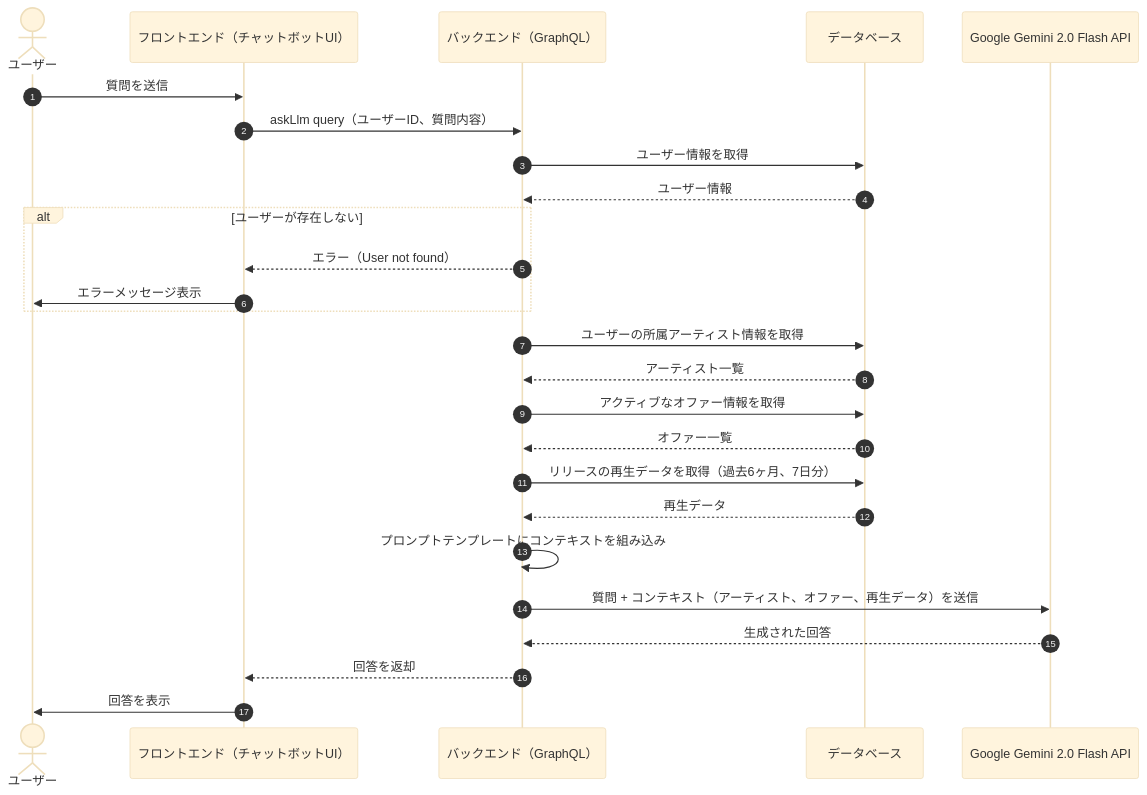
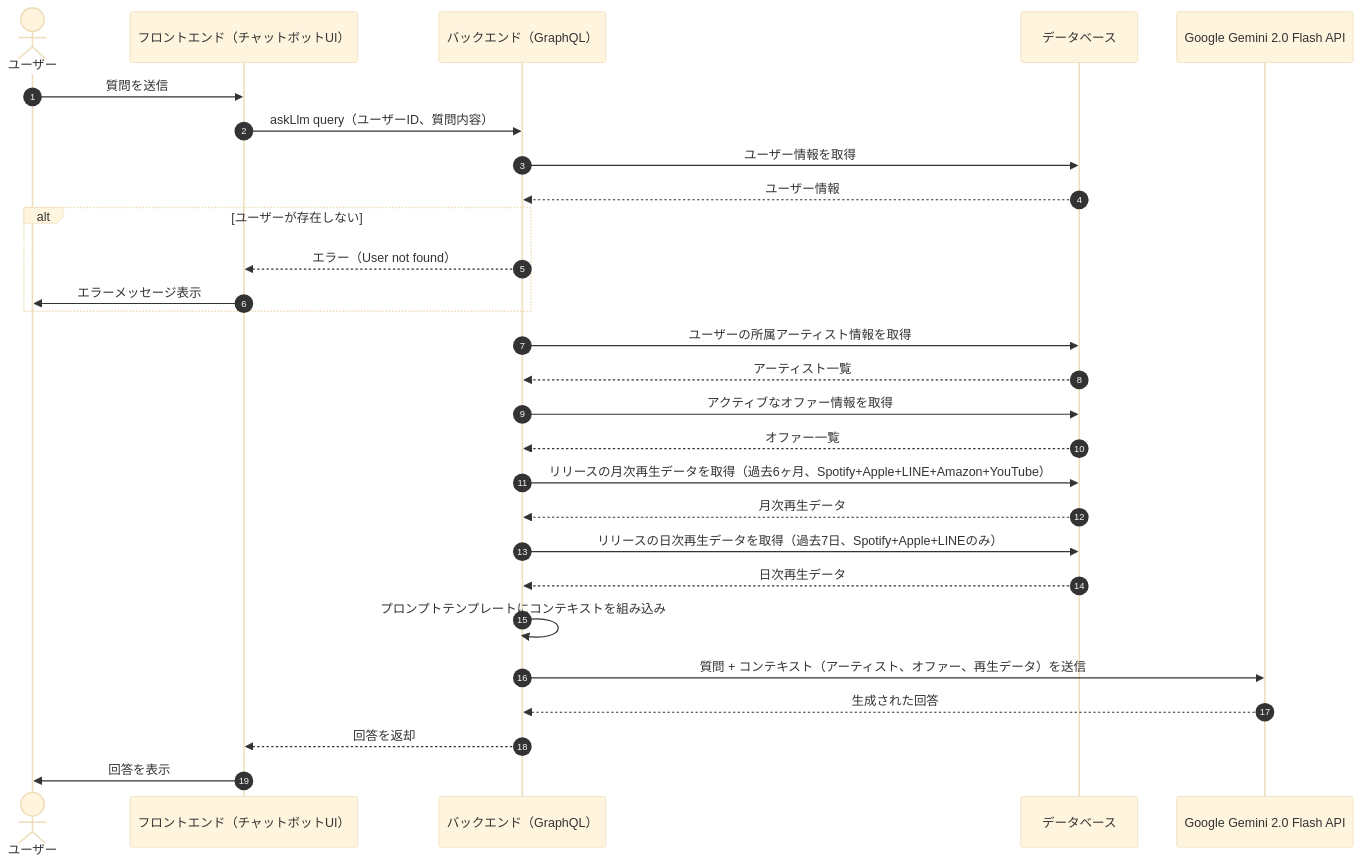
One commit to sc-hosokawa/frienda changed diagram 11 of 13 in docs/sequence-diagrams.md. Above: the diagram before and after it, drawn with Mermaid (base theme).

Commit message:
docs: AIチャットボットの再生データ取得を月次/日次で分離し対象サービスを明記
request_llm_usecase.rsの実装に合わせて:
- 月次（過去6ヶ月）: Spotify+Apple+LINE+Amazon+YouTubeの5サービス合計
- 日次（過去7日）: Spotify+Apple+LINEの3サービスのみ（Amazon/YouTube含まず）

````diff
--- a/docs/sequence-diagrams.md
+++ b/docs/sequence-diagrams.md
@@ -492,36 +492,38 @@
 ```mermaid
 sequenceDiagram
     autonumber
 
     actor ユーザー
     participant フロントエンド as フロントエンド（チャットボットUI）
     participant バックエンド as バックエンド（GraphQL）
     participant データベース
     participant Gemini as Google Gemini 2.0 Flash API
 
     ユーザー->>フロントエンド: 質問を送信
     フロントエンド->>バックエンド: askLlm query（ユーザーID、質問内容）
 
     バックエンド->>データベース: ユーザー情報を取得
     データベース-->>バックエンド: ユーザー情報
     alt ユーザーが存在しない
         バックエンド-->>フロントエンド: エラー（User not found）
         フロントエンド->>ユーザー: エラーメッセージ表示
     end
 
     %% コンテキスト構築
     バックエンド->>データベース: ユーザーの所属アーティスト情報を取得
     データベース-->>バックエンド: アーティスト一覧
     バックエンド->>データベース: アクティブなオファー情報を取得
     データベース-->>バックエンド: オファー一覧
-    バックエンド->>データベース: リリースの再生データを取得（過去6ヶ月、7日分）
-    データベース-->>バックエンド: 再生データ
+    バックエンド->>データベース: リリースの月次再生データを取得（過去6ヶ月、Spotify+Apple+LINE+Amazon+YouTube）
+    データベース-->>バックエンド: 月次再生データ
+    バックエンド->>データベース: リリースの日次再生データを取得（過去7日、Spotify+Apple+LINEのみ）
+    データベース-->>バックエンド: 日次再生データ
 
     バックエンド->>バックエンド: プロンプトテンプレートにコンテキストを組み込み
 
     バックエンド->>Gemini: 質問 + コンテキスト（アーティスト、オファー、再生データ）を送信
     Gemini-->>バックエンド: 生成された回答
 
     バックエンド-->>フロントエンド: 回答を返却
     フロントエンド->>ユーザー: 回答を表示
 ```
````
